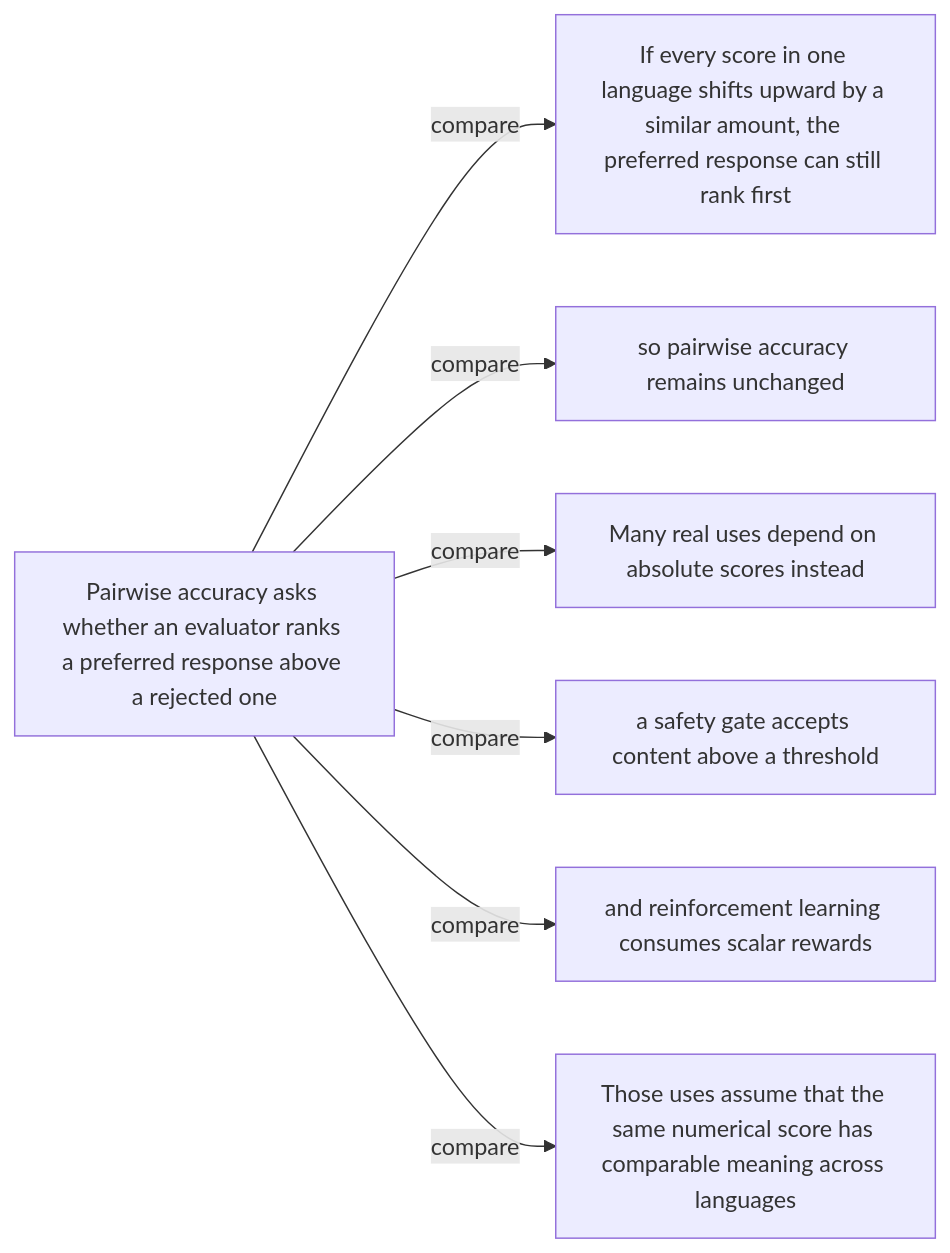
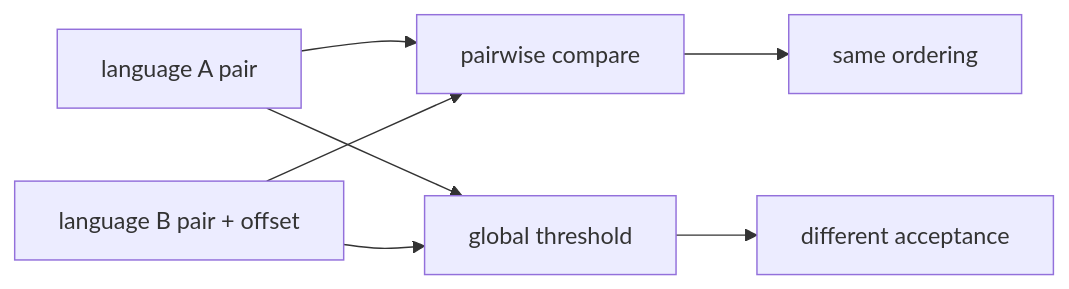
One commit to Betancourt1/paper_atlas changed the second of 3 diagrams in docs/visual-manifests/VISUAL_MANIFEST_LLM_EVALUATORS_LANGUAGES.md. Above: the diagram before and after it, drawn with Mermaid. The commit also changed other lines of this file and 52 other files, not shown here.

````diff
--- a/docs/visual-manifests/VISUAL_MANIFEST_LLM_EVALUATORS_LANGUAGES.md
+++ b/docs/visual-manifests/VISUAL_MANIFEST_LLM_EVALUATORS_LANGUAGES.md
@@ -449,16 +221,15 @@
 ```mermaid
 flowchart LR
-  n1["Pairwise accuracy asks whether an evaluator ranks a preferred response above a rejected one"]
-  n2["If every score in one language shifts upward by a similar amount, the preferred response can still rank first"]
-  n3["so pairwise accuracy remains unchanged"]
-  n4["Many real uses depend on absolute scores instead"]
-  n5["a safety gate accepts content above a threshold"]
-  n6["and reinforcement learning consumes scalar rewards"]
-  n7["Those uses assume that the same numerical score has comparable meaning across languages"]
-  n1 -->|"compare"| n2
-  n1 -->|"compare"| n3
-  n1 -->|"compare"| n4
-  n1 -->|"compare"| n5
-  n1 -->|"compare"| n6
-  n1 -->|"compare"| n7
+  n0["language A pair"]
+  n1["language B pair + offset"]
+  n2["pairwise compare"]
+  n3["same ordering"]
+  n4["global threshold"]
+  n5["different acceptance"]
+  n0 --> n2
+  n1 --> n2
+  n2 --> n3
+  n0 --> n4
+  n1 --> n4
+  n4 --> n5
 ```
````
